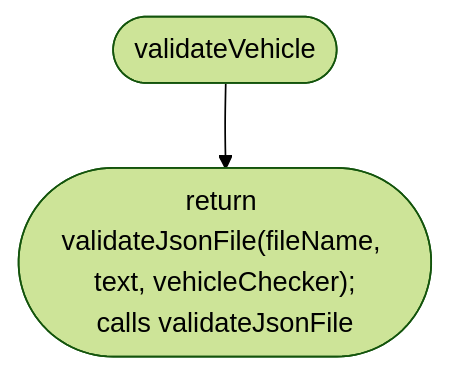
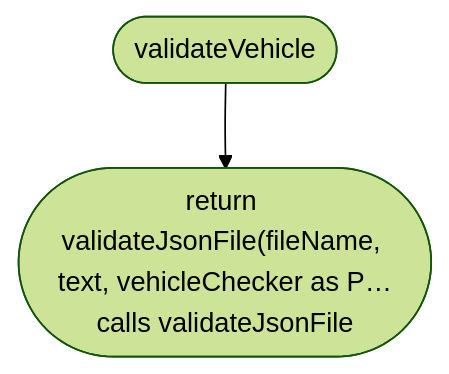
The eighth of 8 diagrams in docs/flows/src/place/vehicle.md (NewDara-Star/world-engine), drawn with Mermaid (forest theme) before and after one commit. The commit also changed other lines of this file and 87 other files, not shown here.

````diff
--- a/docs/flows/src/place/vehicle.md
+++ b/docs/flows/src/place/vehicle.md
@@ -24,6 +145,6 @@
 ```mermaid
 flowchart TD
   n1(["validateVehicle"])
-  n2(["return validateJsonFile(fileName, text, vehicleChecker);<br/>calls validateJsonFile"])
+  n2(["return validateJsonFile(fileName, text, vehicleChecker as P…<br/>calls validateJsonFile"])
   n1 --> n2
 ```
````
